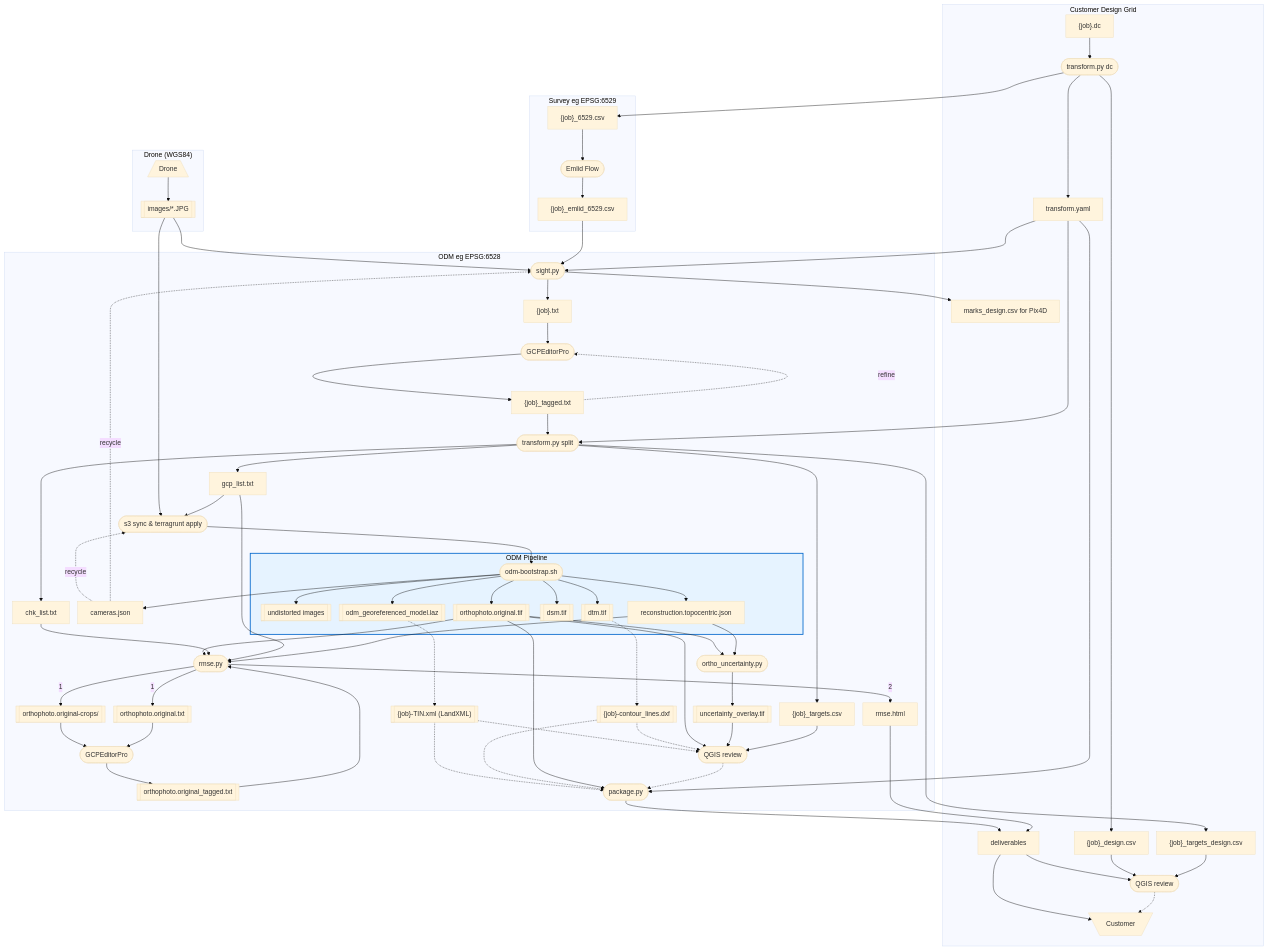
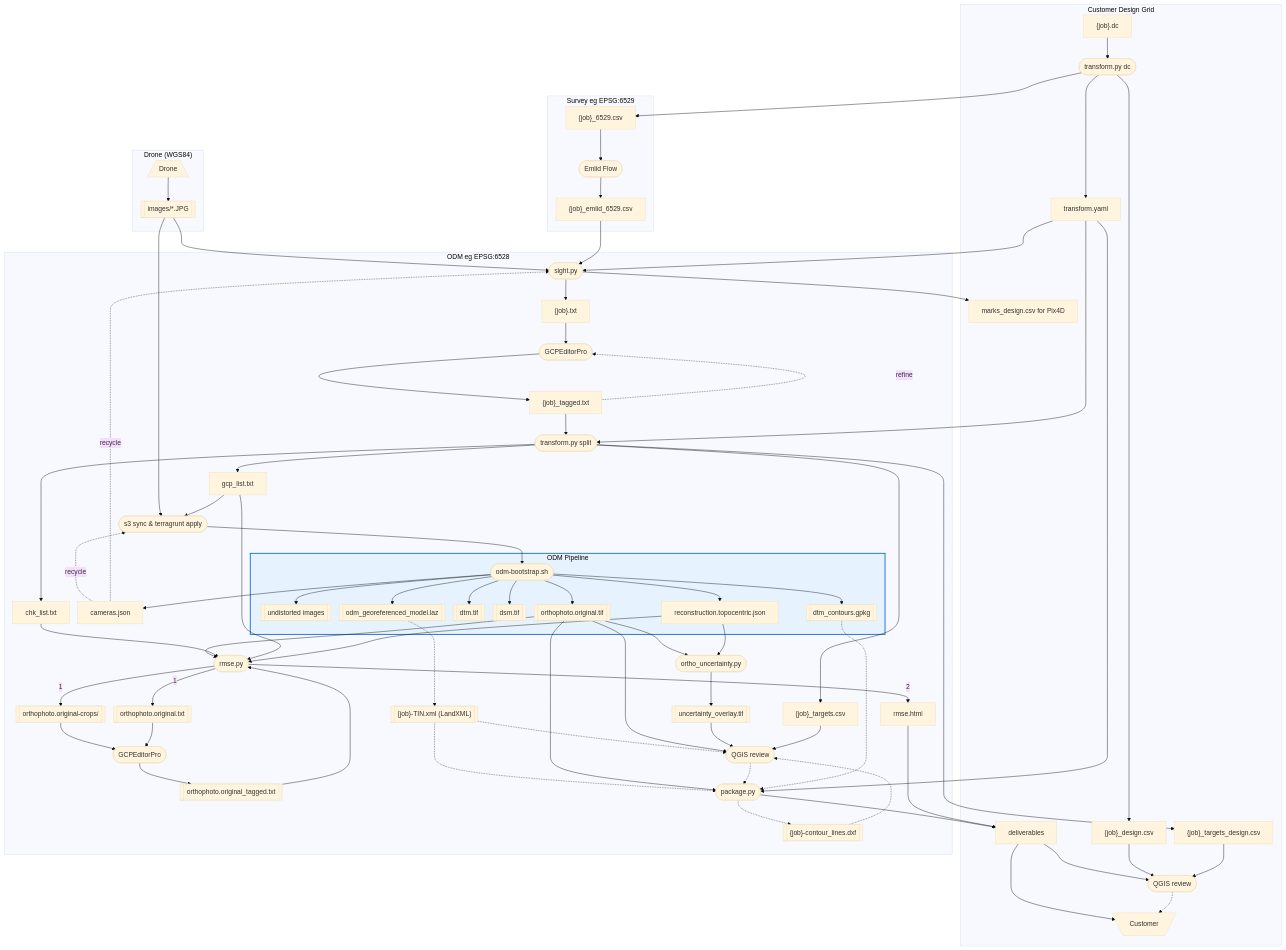
One commit to jrstear/geo changed the diagram in docs/odm-workflow.md. Above: the diagram before and after it, drawn with Mermaid. The commit also changed other lines of this file and 2 other files, not shown here.

First line of the commit message:
geo-btcl: contour deliverable via ODM --contours + package.py gpkg→dxf

```diff
--- a/docs/odm-workflow.md
+++ b/docs/odm-workflow.md
@@ -36,6 +36,7 @@
     pointcloud[["odm_georeferenced_model.laz"]]
     dtm[["dtm.tif"]]
     dsm[["dsm.tif"]]
+    contours_gpkg[["dtm_contours.gpkg"]]
     tin[["{job}-TIN.xml (LandXML)"]]
     contours[["{job}-contour_lines.dxf"]]
     orthophoto[["orthophoto.original.tif"]]
@@ -88,6 +89,7 @@
             pointcloud
             dtm
             dsm
+            contours_gpkg
             model
             undistorted
         end
@@ -138,6 +140,7 @@
     odm --> pointcloud
     odm --> dtm
     odm --> dsm
+    odm --> contours_gpkg
     odm --> cameras
     rmse --> |2| report
     rmse --> |1| orthophoto_txt
@@ -147,7 +150,6 @@
     tin -.-> qgis_cloud
     tin -.-> packager
     contours -.-> qgis_cloud
-    contours -.-> packager
     orthophoto --> uncertainty
     orthophoto --> qgis_cloud
     orthophoto --> rmse
@@ -159,7 +161,8 @@
     model --> rmse
     uncertainty --> uncertainty_tif
     pointcloud -.-> tin
-    dtm -.-> contours
+    contours_gpkg -.-> packager
+    packager -.-> contours
     uncertainty_tif --> qgis_cloud
     transform_yaml --> packager
     packager --> deliverables
```
